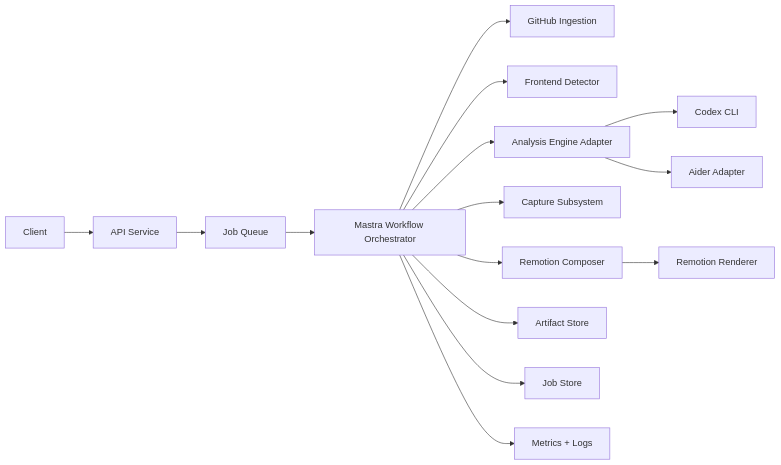
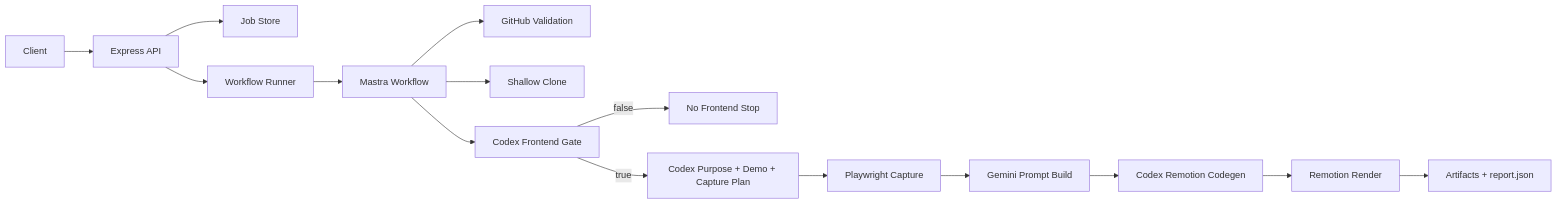
One commit to AdityaSinghh7/repo_to_remotion changed the diagram in docs/architecture.md. Above: the diagram before and after it, drawn with Mermaid. The commit also changed other lines of this file and 37 other files, not shown here.

Commit message:
Plan Mastra agent phase one

````diff
--- a/docs/architecture.md
+++ b/docs/architecture.md
@@ -14,17 +9,17 @@
 ```mermaid
 flowchart LR
-    A[Client] --> B[API Service]
-    B --> C[Job Queue]
-    C --> D[Mastra Workflow Orchestrator]
-    D --> E[GitHub Ingestion]
-    D --> F[Frontend Detector]
-    D --> G[Analysis Engine Adapter]
-    G --> H[Codex CLI]
-    G --> I[Aider Adapter]
-    D --> J[Capture Subsystem]
-    D --> K[Remotion Composer]
-    K --> L[Remotion Renderer]
-    D --> M[Artifact Store]
-    D --> N[Job Store]
-    D --> O[Metrics + Logs]
+    A[Client] --> B[Express API]
+    B --> C[Job Store]
+    B --> D[Workflow Runner]
+    D --> E[Mastra Workflow]
+    E --> F[GitHub Validation]
+    E --> G[Shallow Clone]
+    E --> H[Codex Frontend Gate]
+    H -->|false| I[No Frontend Stop]
+    H -->|true| J[Codex Purpose + Demo + Capture Plan]
+    J --> K[Playwright Capture]
+    K --> L[Gemini Prompt Build]
+    L --> M[Codex Remotion Codegen]
+    M --> N[Remotion Render]
+    N --> O[Artifacts + report.json]
 ```
````
